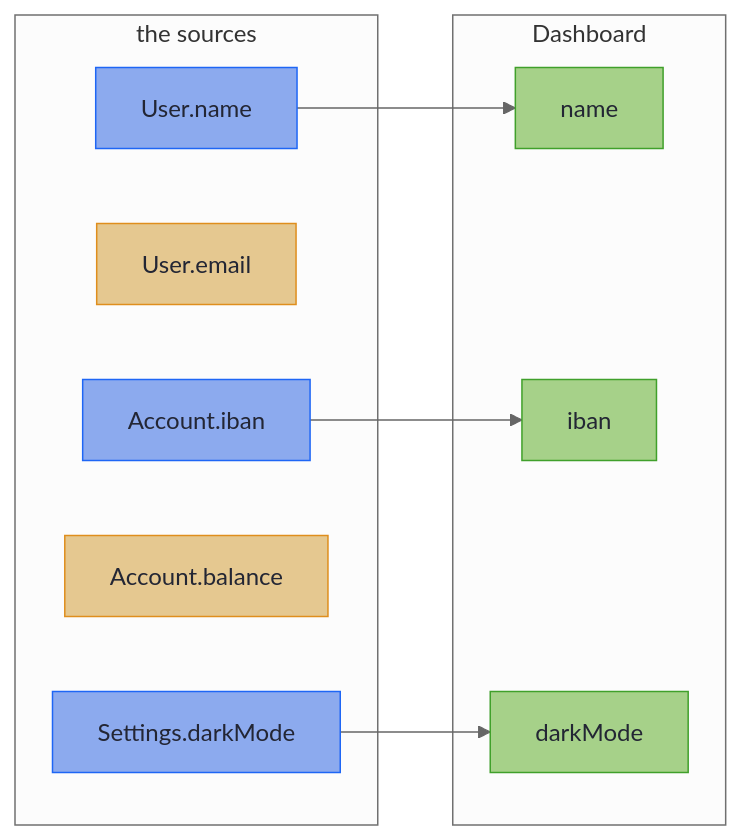
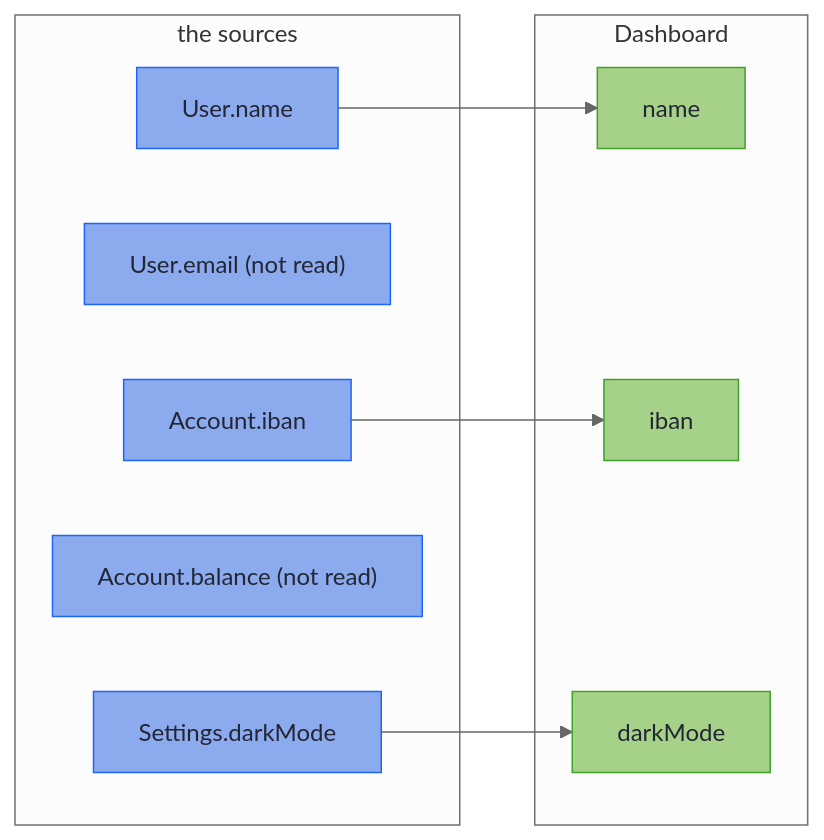
The diagram in hkj-book/src/mapping/merge_envelopes.md (higher-kinded-j/higher-kinded-j), drawn with Mermaid (neutral theme) before and after one commit. The commit also changed other lines of this file and 12 other files, not shown here.

````diff
--- a/hkj-book/src/mapping/merge_envelopes.md
+++ b/hkj-book/src/mapping/merge_envelopes.md
@@ -28,27 +26,25 @@
 ```mermaid
 flowchart LR
     accTitle: How a merge fills
-    accDescr: Dashboard's name fills from User's name, its iban from Account's iban, and its darkMode from Settings' darkMode. User's email and Account's balance fill nothing.
+    accDescr: Dashboard's name fills from User's name, its iban from Account's iban, and its darkMode from Settings' darkMode. User's email and Account's balance are not read.
     subgraph S["the sources"]
         UN["User.name"]
-        UE["User.email"]
+        UE["User.email (not read)"]
         AI["Account.iban"]
-        AB["Account.balance"]
+        AB["Account.balance (not read)"]
         SD["Settings.darkMode"]
     end
     subgraph T["Dashboard"]
         TN["name"]
         TI["iban"]
         TD["darkMode"]
     end
     UN --> TN
     AI --> TI
     SD --> TD
 
     classDef wire fill:#8caaee,stroke:#1e66f5,color:#232634
     classDef domain fill:#a6d189,stroke:#40a02b,color:#232634
-    classDef unused fill:#e5c890,stroke:#df8e1d,color:#232634
-    class UN,AI,SD wire
-    class UE,AB unused
+    class UN,UE,AI,AB,SD wire
     class TN,TI,TD domain
 ```
````
